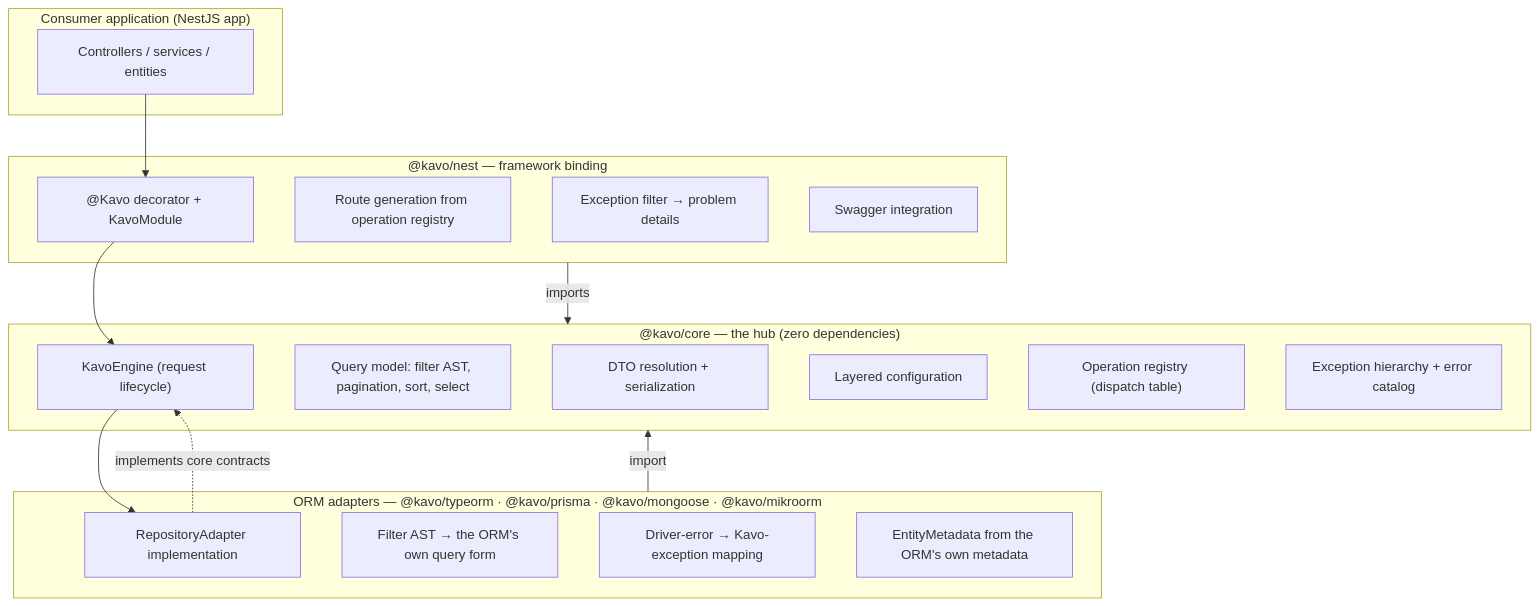
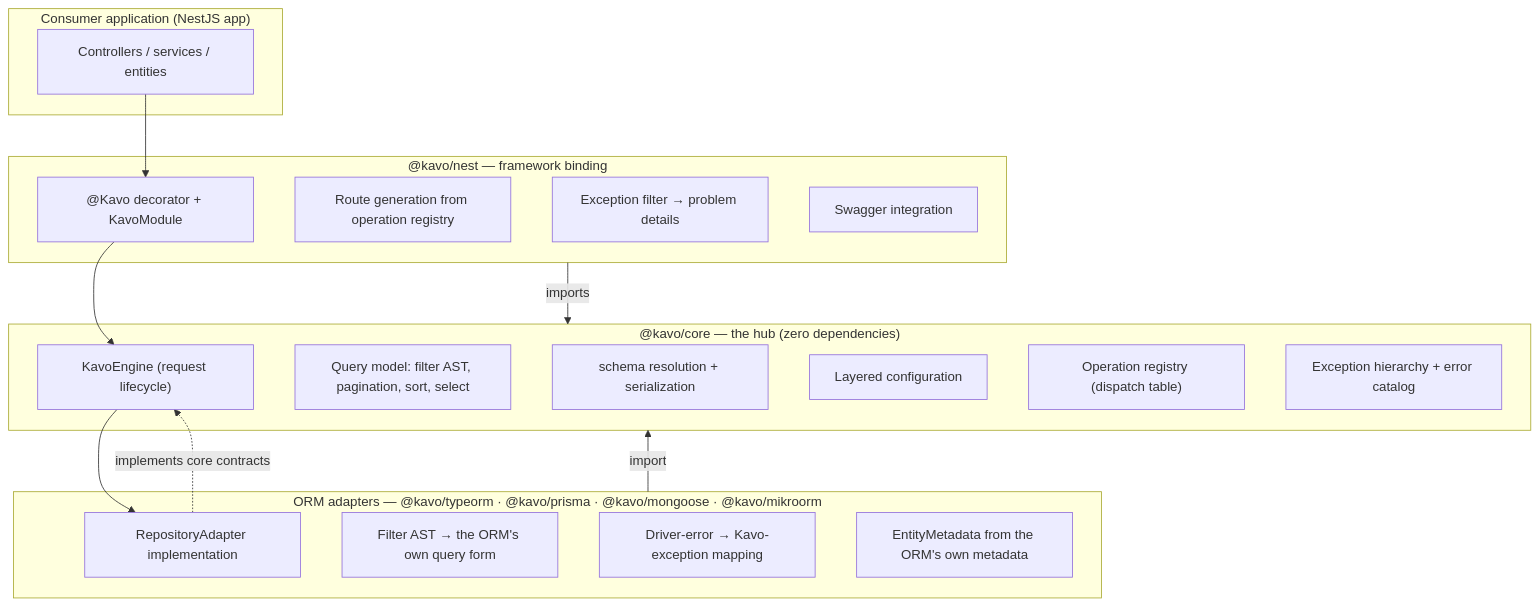
The first of 5 diagrams in docs/internals/architecture/01-system-architecture.md (kavo-labs/kavo), drawn with Mermaid before and after one commit. The commit also changed other lines of this file and 147 other files, not shown here.

First line of the commit message:
feat!: remove dto config key; schema absorbs it (#475)

````diff
--- a/docs/internals/architecture/01-system-architecture.md
+++ b/docs/internals/architecture/01-system-architecture.md
@@ -25,36 +25,36 @@
 ```mermaid
 flowchart TB
     subgraph consumer["Consumer application (NestJS app)"]
         C[Controllers / services / entities]
     end
 
     subgraph nest["@kavo/nest — framework binding"]
         N1["@Kavo decorator + KavoModule"]
         N2[Route generation from operation registry]
         N3[Exception filter → problem details]
         N4[Swagger integration]
     end
 
     subgraph core["@kavo/core — the hub (zero dependencies)"]
         E["KavoEngine (request lifecycle)"]
         Q[Query model: filter AST, pagination, sort, select]
-        D[DTO resolution + serialization]
+        D[schema resolution + serialization]
         CF[Layered configuration]
         R["Operation registry (dispatch table)"]
         X[Exception hierarchy + error catalog]
     end
 
     subgraph adapters["ORM adapters — @kavo/typeorm · @kavo/prisma · @kavo/mongoose · @kavo/mikroorm"]
         T1["RepositoryAdapter implementation"]
         T2["Filter AST → the ORM's own query form"]
         T3[Driver-error → Kavo-exception mapping]
         T4["EntityMetadata from the ORM's own metadata"]
     end
 
     C --> N1
     N1 --> E
     E --> T1
     T1 -.->|implements core contracts| E
     nest -->|imports| core
     adapters -->|import| core
 ```
````
